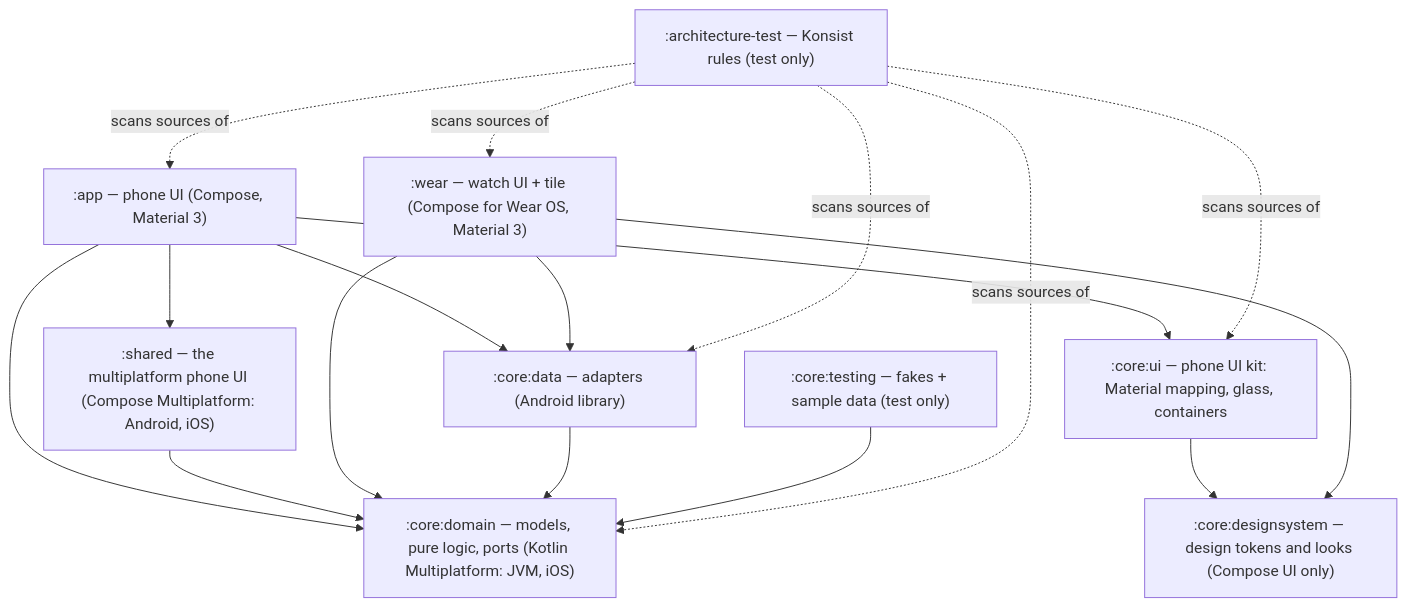
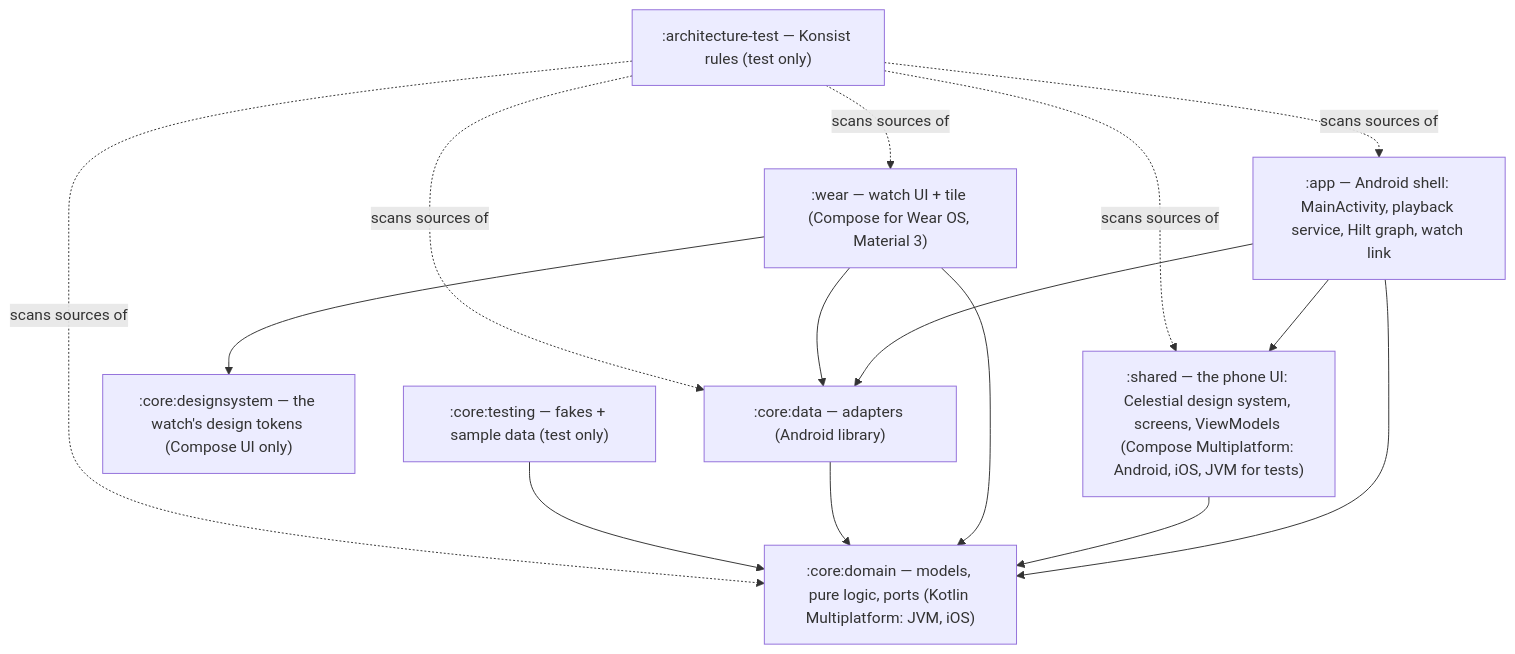
Before and after one commit to Fa-d/Qandeel: the diagram in docs/ARCHITECTURE.md, drawn with Mermaid. The commit also changed other lines of this file and 218 other files, not shown here.

````diff
--- a/docs/ARCHITECTURE.md
+++ b/docs/ARCHITECTURE.md
@@ -10,29 +11,26 @@
 ```mermaid
 flowchart TD
-    app[":app — phone UI (Compose, Material 3)"]
+    app[":app — Android shell: MainActivity, playback service, Hilt graph, watch link"]
+    shared[":shared — the phone UI: Celestial design system, screens, ViewModels (Compose Multiplatform: Android, iOS, JVM for tests)"]
     wear[":wear — watch UI + tile (Compose for Wear OS, Material 3)"]
-    ds[":core:designsystem — design tokens and looks (Compose UI only)"]
-    ui[":core:ui — phone UI kit: Material mapping, glass, containers"]
+    ds[":core:designsystem — the watch's design tokens (Compose UI only)"]
     data[":core:data — adapters (Android library)"]
-    shared[":shared — the multiplatform phone UI (Compose Multiplatform: Android, iOS)"]
     domain[":core:domain — models, pure logic, ports (Kotlin Multiplatform: JVM, iOS)"]
     testing[":core:testing — fakes + sample data (test only)"]
     arch[":architecture-test — Konsist rules (test only)"]
 
+    app --> shared
     app --> data
     app --> domain
-    app --> ui
-    app --> shared
     shared --> domain
-    ui --> ds
     wear --> data
     wear --> domain
     wear --> ds
     data --> domain
     testing --> domain
     arch -.->|scans sources of| app
-    arch -.->|scans sources of| ui
+    arch -.->|scans sources of| shared
     arch -.->|scans sources of| wear
     arch -.->|scans sources of| data
     arch -.->|scans sources of| domain
 ```
````
